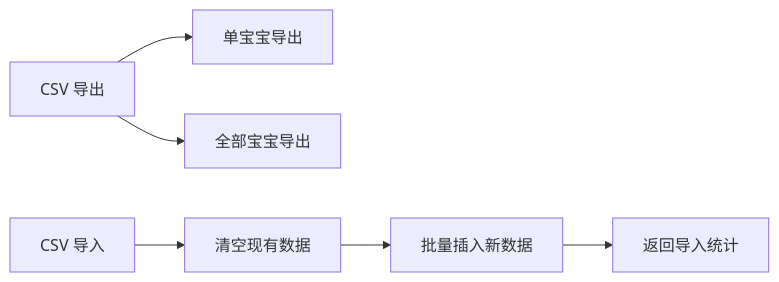
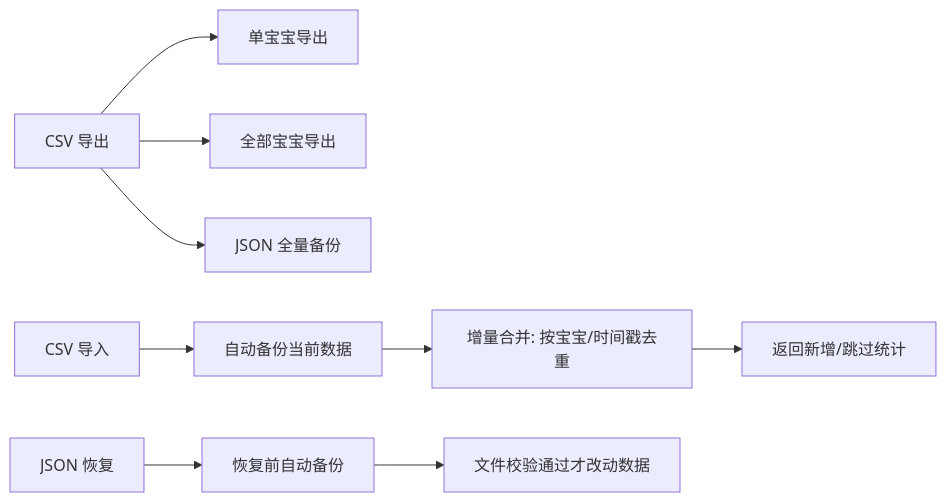
Before and after one commit to LostBeanBun/babysitter-react: diagram 11 of 13 in BUSINESS.md, drawn with Mermaid. The commit also changed other lines of this file and 2 other files, not shown here.

````diff
--- a/BUSINESS.md
+++ b/BUSINESS.md
@@ -410,8 +453,11 @@
 ```mermaid
 graph LR
     EXPORT[CSV 导出] --> E1[单宝宝导出]
     EXPORT --> E2[全部宝宝导出]
-    IMPORT[CSV 导入] --> I1[清空现有数据]
-    I1 --> I2[批量插入新数据]
-    I2 --> I3[返回导入统计]
+    EXPORT --> E3[JSON 全量备份]
+    IMPORT[CSV 导入] --> I1[自动备份当前数据]
+    I1 --> I2[增量合并: 按宝宝/时间戳去重]
+    I2 --> I3[返回新增/跳过统计]
+    RESTORE[JSON 恢复] --> R1[恢复前自动备份]
+    R1 --> R2[文件校验通过才改动数据]
 ```
````
